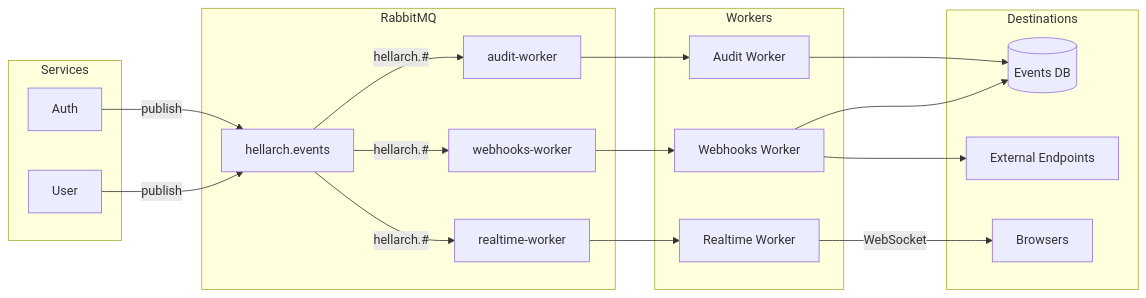
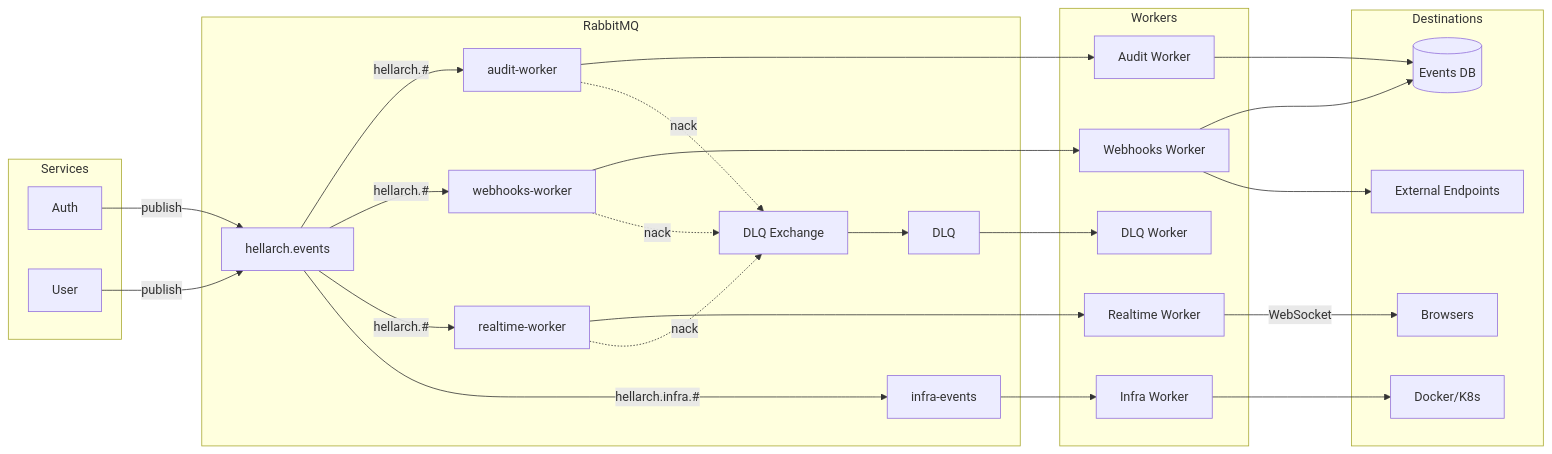
Before and after one commit to Nechja/hellArch: the diagram in docs/guide/workers/index.md, drawn with Mermaid. The commit also changed other lines of this file and 11 other files, not shown here.

````diff
--- a/docs/guide/workers/index.md
+++ b/docs/guide/workers/index.md
@@ -15,39 +17,53 @@
 ```mermaid
 graph LR
     subgraph Services
         AUTH[Auth]
         USER[User]
     end
 
     subgraph RabbitMQ
         EX[hellarch.events]
         AQ[audit-worker]
         WQ[webhooks-worker]
         RQ[realtime-worker]
+        IQ[infra-events]
+        DLX[DLQ Exchange]
+        DLQ[DLQ]
     end
 
     subgraph Workers
         AW[Audit Worker]
         WW[Webhooks Worker]
         RW[Realtime Worker]
+        IW[Infra Worker]
+        DW[DLQ Worker]
     end
 
     subgraph Destinations
         EDB[(Events DB)]
         EXT[External Endpoints]
         BR[Browsers]
+        ORCH[Docker/K8s]
     end
 
     AUTH -->|publish| EX
     USER -->|publish| EX
     EX -->|hellarch.#| AQ
     EX -->|hellarch.#| WQ
     EX -->|hellarch.#| RQ
+    EX -->|hellarch.infra.#| IQ
     AQ --> AW
     WQ --> WW
     RQ --> RW
+    IQ --> IW
     AW --> EDB
     WW --> EDB
     WW --> EXT
     RW -->|WebSocket| BR
+    IW --> ORCH
+    AQ -.->|nack| DLX
+    WQ -.->|nack| DLX
+    RQ -.->|nack| DLX
+    DLX --> DLQ
+    DLQ --> DW
 ```
````
